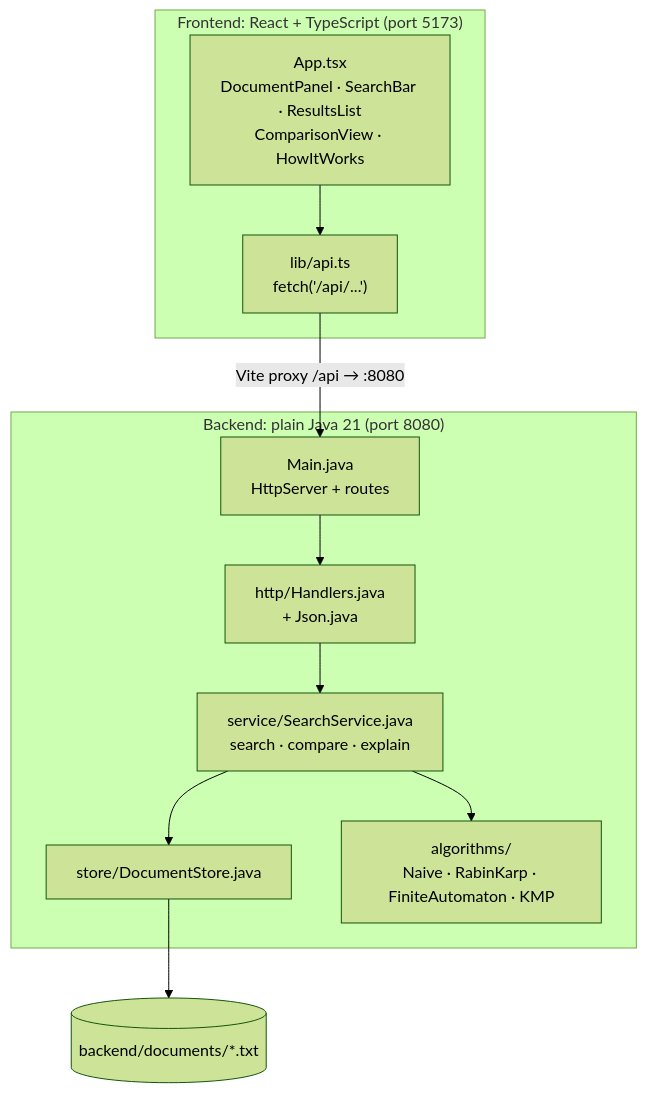
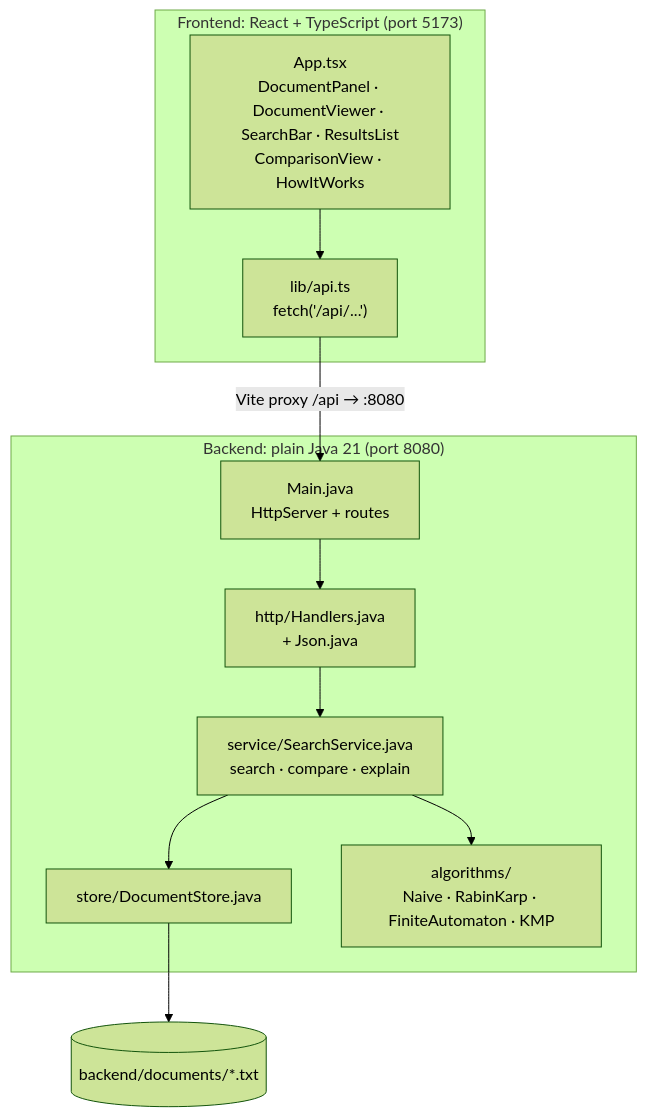
The second of 4 diagrams in docs/01-project-overview.md (xRajbhogx/Document-Search-Engine), drawn with Mermaid (forest theme) before and after one commit. The commit also changed other lines of this file and 10 other files, not shown here.

````diff
--- a/docs/01-project-overview.md
+++ b/docs/01-project-overview.md
@@ -32,22 +32,22 @@
 ```mermaid
 flowchart TB
     subgraph Browser["Frontend: React + TypeScript (port 5173)"]
-        UI["App.tsx<br/>DocumentPanel · SearchBar · ResultsList<br/>ComparisonView · HowItWorks"]
+        UI["App.tsx<br/>DocumentPanel · DocumentViewer · SearchBar · ResultsList<br/>ComparisonView · HowItWorks"]
         API["lib/api.ts<br/>fetch('/api/...')"]
         UI --> API
     end
 
     subgraph Server["Backend: plain Java 21 (port 8080)"]
         Main["Main.java<br/>HttpServer + routes"]
         H["http/Handlers.java<br/>+ Json.java"]
         SS["service/SearchService.java<br/>search · compare · explain"]
         DS["store/DocumentStore.java"]
         ALG["algorithms/<br/>Naive · RabinKarp · FiniteAutomaton · KMP"]
         Main --> H --> SS
         SS --> DS
         SS --> ALG
     end
 
     API -->|"Vite proxy /api → :8080"| Main
     DS --> FILES[("backend/documents/*.txt")]
 ```
````
